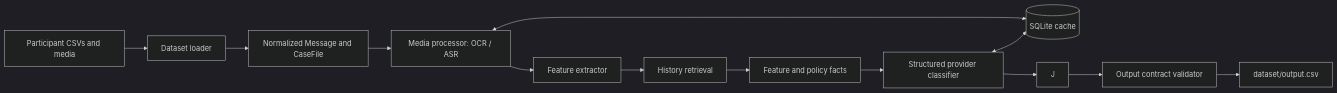
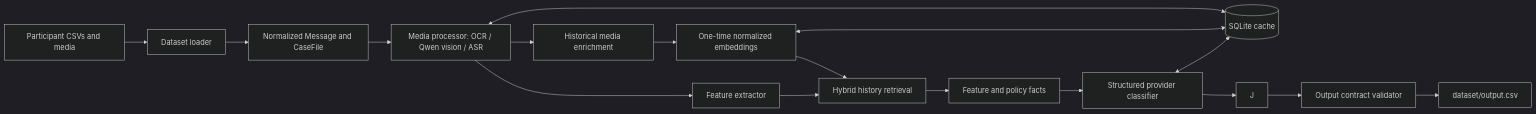
The first of 7 diagrams in ARCHITECTURE.md (shiva-reddy-1001/whatsapp-notification-router), drawn with Mermaid (dark theme) before and after one commit. The commit also changed other lines of this file and 20 other files, not shown here.

Commit message:
feat: add resilient multimodal hybrid retrieval

````diff
--- a/ARCHITECTURE.md
+++ b/ARCHITECTURE.md
@@ -20,15 +20,19 @@
 ```mermaid
 flowchart LR
     A["Participant CSVs and media"] --> B["Dataset loader"]
     B --> C["Normalized Message and CaseFile"]
-    C --> D["Media processor: OCR / ASR"]
+    C --> D["Media processor: OCR / Qwen vision / ASR"]
     D <--> E[("SQLite cache")]
+    D --> HM["Historical media enrichment"]
+    HM --> X["One-time normalized embeddings"]
+    X <--> E
     D --> F["Feature extractor"]
-    F --> G["History retrieval"]
+    F --> G["Hybrid history retrieval"]
+    X --> G
     G --> H["Feature and policy facts"]
     H --> I["Structured provider classifier"]
     I <--> E
     I --> J
     J --> K["Output contract validator"]
     K --> L["dataset/output.csv"]
 ```
````
